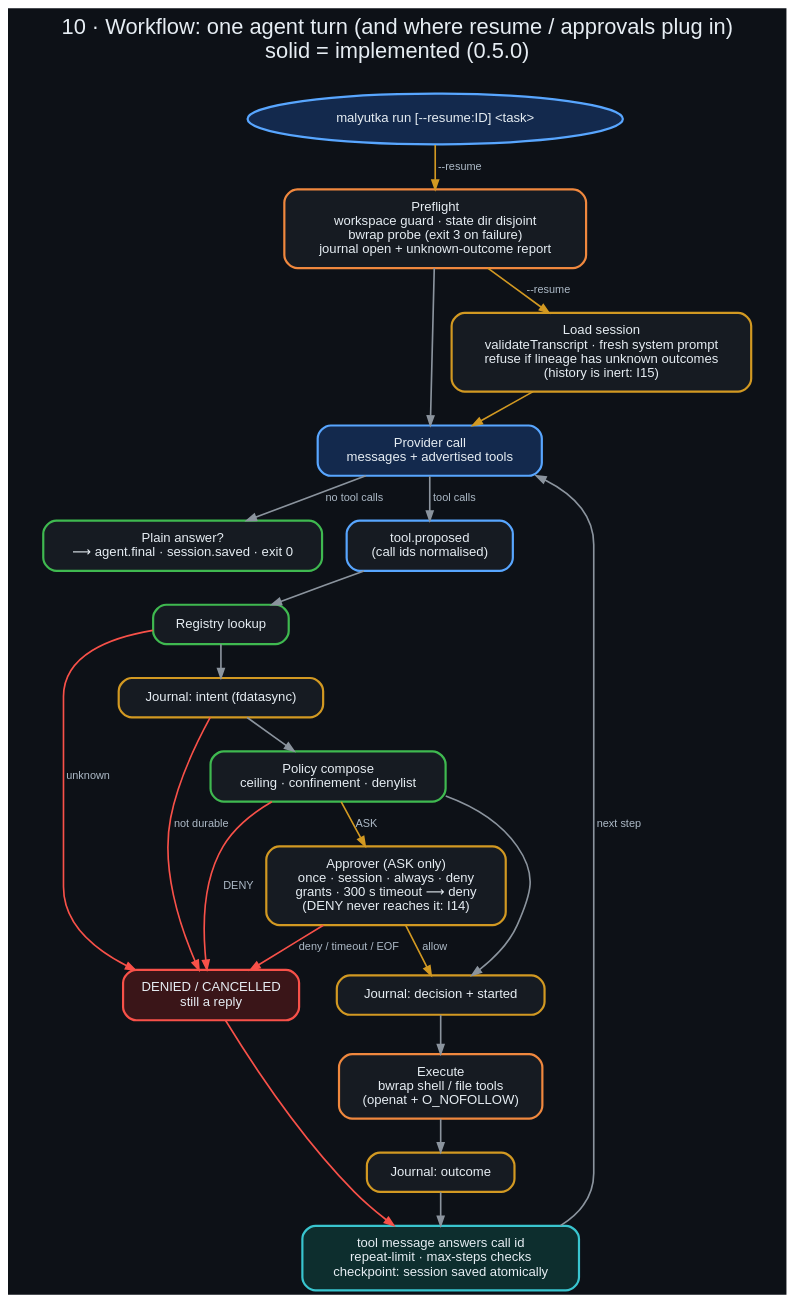
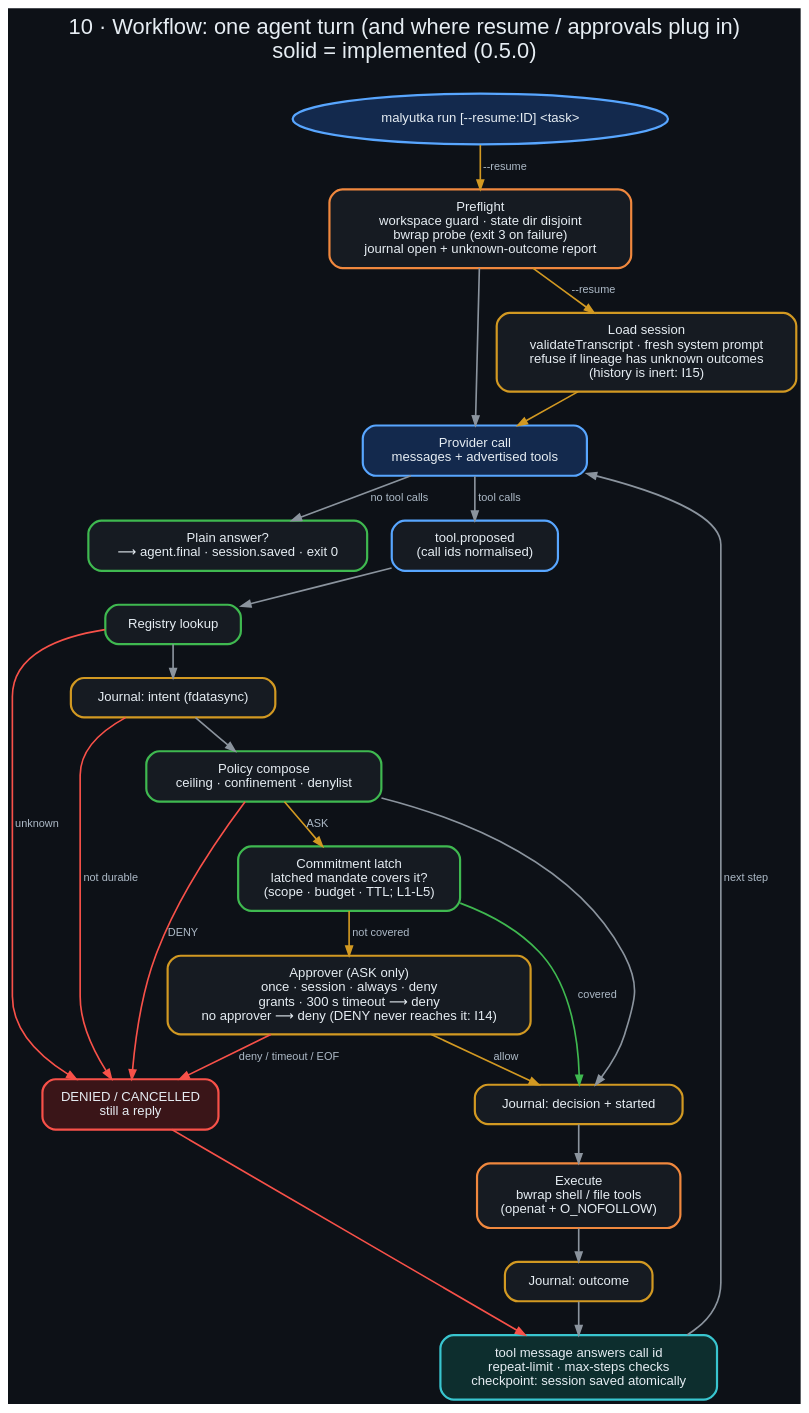
One commit to danindiana/malyutka changed the diagram in docs/diagrams/10_workflow.dot. Above: the diagram before and after it, drawn with Graphviz. The commit also changed 17 other files, not shown here.

First line of the commit message:
test: live validation battery with real models, /mandates in the TUI, latch in diagrams

```diff
--- a/docs/diagrams/10_workflow.dot
+++ b/docs/diagrams/10_workflow.dot
@@ -1,37 +1,40 @@
 digraph workflow {
     graph [bgcolor="#0d1117", fontname="Helvetica", fontcolor="#e6edf3", labelloc="t", fontsize=20, rankdir=TB,
            label="10 · Workflow: one agent turn (and where resume / approvals plug in)\nsolid = implemented (0.5.0)\n ", nodesep=0.3, ranksep=0.4];
     node  [fontname="Helvetica", fontcolor="#e6edf3", color="#30363d", style="filled,rounded", shape=box, penwidth=2, margin="0.22,0.14", fillcolor="#161b22", fontsize=12];
     edge  [color="#8b949e", fontname="Helvetica", fontcolor="#adbac7", penwidth=1.5, arrowsize=0.85, fontsize=10];
 
     start [label="malyutka run [--resume:ID] <task>", shape=oval, color="#58a6ff", fillcolor="#13294d"];
     probe [label="Preflight\nworkspace guard · state dir disjoint\nbwrap probe (exit 3 on failure)\njournal open + unknown-outcome report", color="#f0883e"];
     resume [label="Load session\nvalidateTranscript · fresh system prompt\nrefuse if lineage has unknown outcomes\n(history is inert: I15)", color="#d29922"];
     ask_model [label="Provider call\nmessages + advertised tools", color="#58a6ff", fillcolor="#13294d"];
     final [label="Plain answer?\n⟶ agent.final · session.saved · exit 0", color="#3fb950"];
     prop [label="tool.proposed\n(call ids normalised)", color="#58a6ff"];
     reg [label="Registry lookup", color="#3fb950"];
     j1 [label="Journal: intent (fdatasync)", color="#d29922"];
     pol [label="Policy compose\nceiling · confinement · denylist", color="#3fb950"];
-    approver [label="Approver (ASK only)\nonce · session · always · deny\ngrants · 300 s timeout ⟶ deny\n(DENY never reaches it: I14)", color="#d29922"];
+    latch [label="Commitment latch\nlatched mandate covers it?\n(scope · budget · TTL; L1-L5)", color="#3fb950"];
+    approver [label="Approver (ASK only)\nonce · session · always · deny\ngrants · 300 s timeout ⟶ deny\nno approver ⟶ deny (DENY never reaches it: I14)", color="#d29922"];
     j2 [label="Journal: decision + started", color="#d29922"];
     exec [label="Execute\nbwrap shell / file tools\n(openat + O_NOFOLLOW)", color="#f0883e"];
     j3 [label="Journal: outcome", color="#d29922"];
     obs [label="tool message answers call id\nrepeat-limit · max-steps checks\ncheckpoint: session saved atomically", color="#39c5cf", fillcolor="#0d2e2e"];
     deny [label="DENIED / CANCELLED\nstill a reply", color="#f85149", fillcolor="#3a1518"];
 
     start -> probe -> resume [color="#d29922", label="--resume"];
     probe -> ask_model;
     resume -> ask_model [color="#d29922"];
     ask_model -> final [label="no tool calls"];
     ask_model -> prop [label="tool calls"];
     prop -> reg -> j1 -> pol -> j2 -> exec -> j3 -> obs;
     obs -> ask_model [label="next step"];
-    pol -> approver [label="ASK", color="#d29922"];
+    pol -> latch [label="ASK", color="#d29922"];
+    latch -> j2 [label="covered", color="#3fb950"];
+    latch -> approver [label="not covered", color="#d29922"];
     approver -> j2 [label="allow", color="#d29922"];
     reg -> deny [label="unknown", color="#f85149"];
     j1 -> deny [label="not durable", color="#f85149"];
     pol -> deny [label="DENY", color="#f85149"];
     approver -> deny [label="deny / timeout / EOF", color="#f85149"];
     deny -> obs [color="#f85149"];
 }
```
